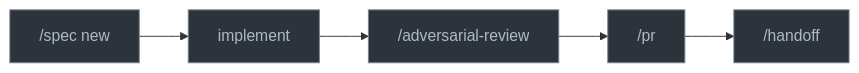
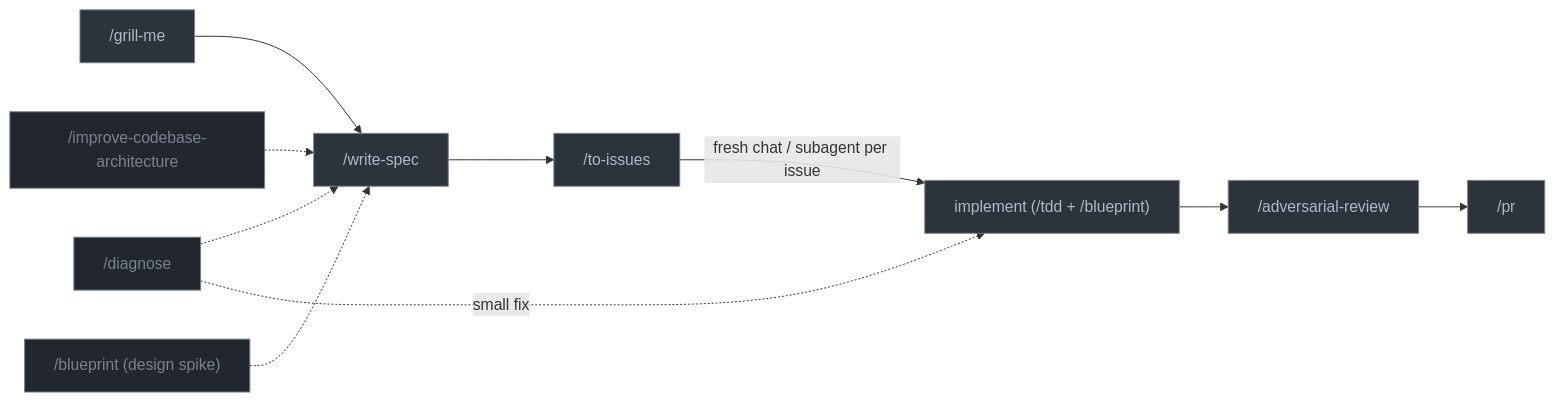
One commit to kpeez/agent-toolbox changed the diagram in README.md. Above: the diagram before and after it, drawn with Mermaid. The commit also changed other lines of this file and 40 other files, not shown here.

````diff
--- a/README.md
+++ b/README.md
@@ -101,13 +131,22 @@
 ```mermaid
 graph LR
-  A["/spec new"] --> B["implement"]
+  G["/grill-me"] --> A["/write-spec"]
+  X["/diagnose"] -.-> A
+  Y["/improve-codebase-architecture"] -.-> A
+  A --> I["/to-issues"]
+  I -->|"fresh chat / subagent per issue"| B["implement (/tdd + /blueprint)"]
   B --> C["/adversarial-review"]
   C --> D["/pr"]
-  D --> E["/handoff"]
+  X -.->|"small fix"| B
+  P["/blueprint (design spike)"] -.-> A
 
+style G fill:#2d333b,stroke:#768390,color:#adbac7
 style A fill:#2d333b,stroke:#768390,color:#adbac7
+style I fill:#2d333b,stroke:#768390,color:#adbac7
 style B fill:#2d333b,stroke:#768390,color:#adbac7
 style C fill:#2d333b,stroke:#768390,color:#adbac7
 style D fill:#2d333b,stroke:#768390,color:#adbac7
-style E fill:#2d333b,stroke:#768390,color:#adbac7
+style X fill:#22272e,stroke:#768390,color:#768390
+style Y fill:#22272e,stroke:#768390,color:#768390
+style P fill:#22272e,stroke:#768390,color:#768390
 ```
````
